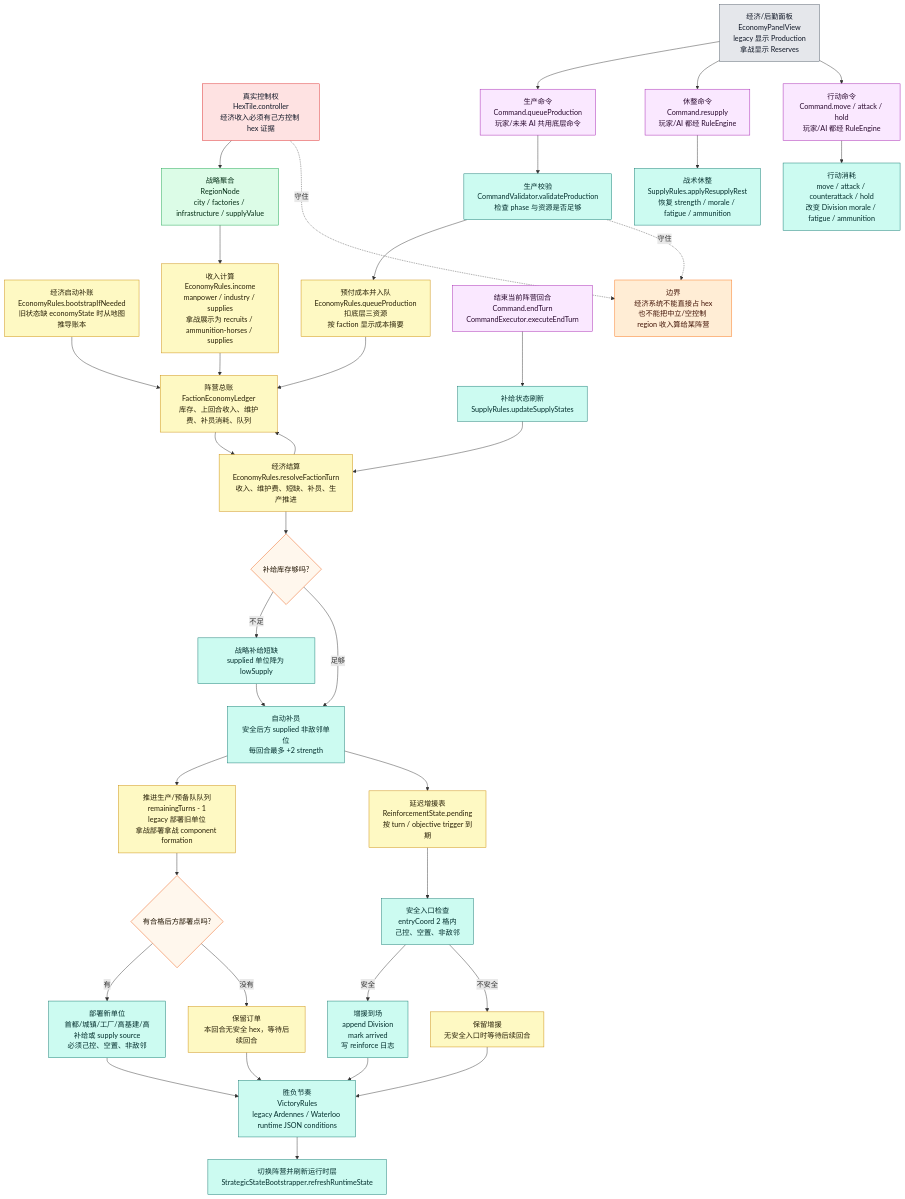
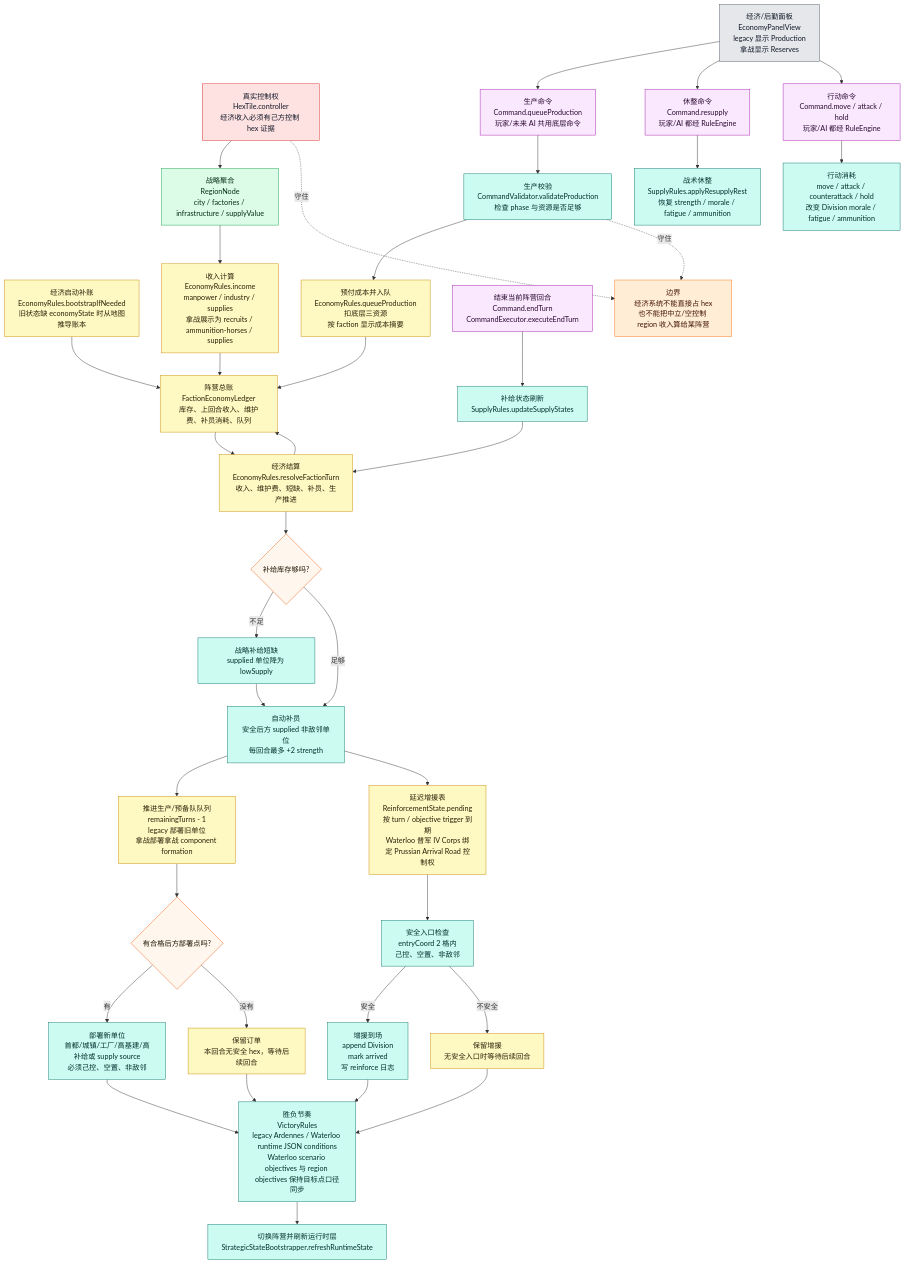
The fourth of 9 diagrams in md/flow/flowchart.md (Altman-sam114/122), drawn with Mermaid before and after one commit. The commit also changed 5 other files, not shown here.

Commit message:
feat: refine waterloo objectives

````diff
--- a/md/flow/flowchart.md
+++ b/md/flow/flowchart.md
@@ -219,65 +219,65 @@
 ```mermaid
 flowchart TD
     BOOT["经济启动补账<br/>EconomyRules.bootstrapIfNeeded<br/>旧状态缺 economyState 时从地图推导账本"]:::economy
     HEX["真实控制权<br/>HexTile.controller<br/>经济收入必须有己方控制 hex 证据"]:::authority
     REGION["战略聚合<br/>RegionNode<br/>city / factories / infrastructure / supplyValue"]:::derived
     INCOME["收入计算<br/>EconomyRules.income<br/>manpower / industry / supplies<br/>拿战展示为 recruits / ammunition-horses / supplies"]:::economy
     LEDGER["阵营总账<br/>FactionEconomyLedger<br/>库存、上回合收入、维护费、补员消耗、队列"]:::economy
 
     UI["经济/后勤面板<br/>EconomyPanelView<br/>legacy 显示 Production<br/>拿战显示 Reserves"]:::ui
     QUEUE["生产命令<br/>Command.queueProduction<br/>玩家/未来 AI 共用底层命令"]:::command
     VALIDATE["生产校验<br/>CommandValidator.validateProduction<br/>检查 phase 与资源是否足够"]:::rules
     PAY["预付成本并入队<br/>EconomyRules.queueProduction<br/>扣底层三资源<br/>按 faction 显示成本摘要"]:::economy
     RESTCMD["休整命令<br/>Command.resupply<br/>玩家/AI 都经 RuleEngine"]:::command
     ACTION["行动命令<br/>Command.move / attack / hold<br/>玩家/AI 都经 RuleEngine"]:::command
 
     END["结束当前阵营回合<br/>Command.endTurn<br/>CommandExecutor.executeEndTurn"]:::command
     SUPPLY["补给状态刷新<br/>SupplyRules.updateSupplyStates"]:::rules
     RESOLVE["经济结算<br/>EconomyRules.resolveFactionTurn<br/>收入、维护费、短缺、补员、生产推进"]:::economy
     SHORT{"补给库存够吗?"}:::decision
     LOW["战略补给短缺<br/>supplied 单位降为 lowSupply"]:::rules
     REINF["自动补员<br/>安全后方 supplied 非敌邻单位<br/>每回合最多 +2 strength"]:::rules
     PROD["推进生产/预备队队列<br/>remainingTurns - 1<br/>legacy 部署旧单位<br/>拿战部署拿战 component formation"]:::economy
-    SCHED["延迟增援表<br/>ReinforcementState.pending<br/>按 turn / objective trigger 到期"]:::economy
+    SCHED["延迟增援表<br/>ReinforcementState.pending<br/>按 turn / objective trigger 到期<br/>Waterloo 普军 IV Corps 绑定 Prussian Arrival Road 控制权"]:::economy
     ENTRY["安全入口检查<br/>entryCoord 2 格内<br/>己控、空置、非敌邻"]:::rules
     DEPLOY{"有合格后方部署点吗?"}:::decision
     SPAWN["部署新单位<br/>首都/城镇/工厂/高基建/高补给或 supply source<br/>必须己控、空置、非敌邻"]:::rules
     RSPAWN["增援到场<br/>append Division<br/>mark arrived<br/>写 reinforce 日志"]:::rules
     WAIT["保留订单<br/>本回合无安全 hex，等待后续回合"]:::economy
     RWAIT["保留增援<br/>无安全入口时等待后续回合"]:::economy
     REST["战术休整<br/>SupplyRules.applyResupplyRest<br/>恢复 strength / morale / fatigue / ammunition"]:::rules
     WEAR["行动消耗<br/>move / attack / counterattack / hold<br/>改变 Division morale / fatigue / ammunition"]:::rules
-    VICTORY["胜负节奏<br/>VictoryRules<br/>legacy Ardennes / Waterloo runtime JSON conditions"]:::rules
+    VICTORY["胜负节奏<br/>VictoryRules<br/>legacy Ardennes / Waterloo runtime JSON conditions<br/>Waterloo scenario objectives 与 region objectives 保持目标点口径同步"]:::rules
     NEXT["切换阵营并刷新运行时层<br/>StrategicStateBootstrapper.refreshRuntimeState"]:::rules
 
     BOOT --> LEDGER
     HEX --> REGION --> INCOME --> LEDGER
     UI --> QUEUE --> VALIDATE --> PAY --> LEDGER
     UI --> RESTCMD --> REST
     UI --> ACTION --> WEAR
     END --> SUPPLY --> RESOLVE
     LEDGER --> RESOLVE
     RESOLVE --> SHORT
     SHORT -->|不足| LOW --> REINF
     SHORT -->|足够| REINF
     REINF --> PROD --> DEPLOY
     DEPLOY -->|有| SPAWN --> VICTORY
     DEPLOY -->|没有| WAIT --> VICTORY
     REINF --> SCHED --> ENTRY
     ENTRY -->|安全| RSPAWN --> VICTORY --> NEXT
     ENTRY -->|不安全| RWAIT --> VICTORY
     RESOLVE --> LEDGER
 
     WARN["边界<br/>经济系统不能直接占 hex<br/>也不能把中立/空控制 region 收入算给某阵营"]:::warn
     HEX -.守住.-> WARN
     VALIDATE -.守住.-> WARN
 
     classDef authority fill:#fee2e2,stroke:#dc2626,color:#111827
     classDef derived fill:#dcfce7,stroke:#16a34a,color:#052e16
     classDef economy fill:#fef9c3,stroke:#ca8a04,color:#292107
     classDef command fill:#fae8ff,stroke:#a21caf,color:#2a0a2f
     classDef rules fill:#ccfbf1,stroke:#0f766e,color:#042f2e
     classDef decision fill:#fff7ed,stroke:#ea580c,color:#1f1300
     classDef ui fill:#e5e7eb,stroke:#4b5563,color:#111827
     classDef warn fill:#ffedd5,stroke:#f97316,color:#431407
 ```
````
